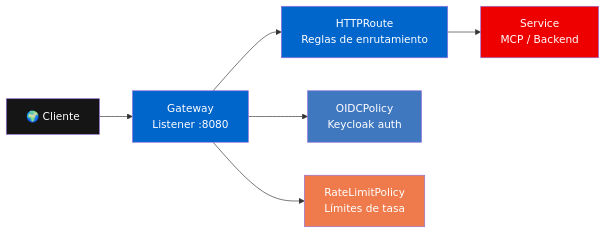
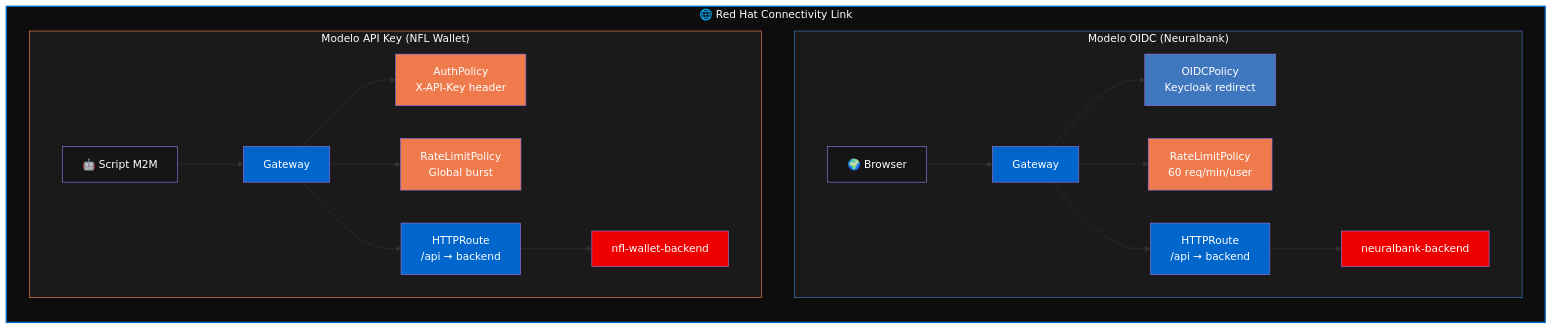
Before and after one commit to maximilianoPizarro/test-drive-pe-oscg: the fifth of 5 diagrams in docs/02-architecture-overview.md, drawn with Mermaid. The commit also changed other lines of this file and 9 other files, not shown here.

First line of the commit message:
feat: redesign GitHub Pages - remove redundancy, add MCP Gateway, 3D animation

````diff
--- a/docs/02-architecture-overview.md
+++ b/docs/02-architecture-overview.md
@@ -155,15 +283,38 @@
 ```mermaid
-graph LR
-    CLIENT["🌍 Cliente"] --> GW["Gateway<br/>Listener :8080"]
-    GW --> HR["HTTPRoute<br/>Reglas de enrutamiento"]
-    HR --> SVC["Service<br/>MCP / Backend"]
-    GW --> OIDC["OIDCPolicy<br/>Keycloak auth"]
-    GW --> RL["RateLimitPolicy<br/>Límites de tasa"]
+graph TB
+    subgraph CL ["🌐 Red Hat Connectivity Link"]
+        direction TB
+        
+        subgraph OIDC_MODEL ["Modelo OIDC (Neuralbank)"]
+            CLIENT1["🌍 Browser"] --> GW1["Gateway"]
+            GW1 --> OIDCP["OIDCPolicy<br/>Keycloak redirect"]
+            GW1 --> RLP1["RateLimitPolicy<br/>60 req/min/user"]
+            GW1 --> HR_NB["HTTPRoute<br/>/api → backend"]
+            HR_NB --> SVC1["neuralbank-backend"]
+        end
 
-    style CLIENT fill:#151515,color:#fff
-    style GW fill:#0066CC,color:#fff
-    style HR fill:#0066CC,color:#fff
-    style SVC fill:#EE0000,color:#fff
-    style OIDC fill:#4078c0,color:#fff
-    style RL fill:#ef7b4d,color:#fff
+        subgraph APIKEY_MODEL ["Modelo API Key (NFL Wallet)"]
+            CLIENT2["🤖 Script M2M"] --> GW2B["Gateway"]
+            GW2B --> AP["AuthPolicy<br/>X-API-Key header"]
+            GW2B --> RLP2["RateLimitPolicy<br/>Global burst"]
+            GW2B --> HR_NFL["HTTPRoute<br/>/api → backend"]
+            HR_NFL --> SVC2["nfl-wallet-backend"]
+        end
+    end
+
+    style CL fill:#0d0d0d,color:#fff,stroke:#0066CC,stroke-width:2px
+    style OIDC_MODEL fill:#1a1a1a,color:#fff,stroke:#4078c0
+    style APIKEY_MODEL fill:#1a1a1a,color:#fff,stroke:#ef7b4d
+    style CLIENT1 fill:#151515,color:#fff
+    style CLIENT2 fill:#151515,color:#fff
+    style GW1 fill:#0066CC,color:#fff
+    style GW2B fill:#0066CC,color:#fff
+    style OIDCP fill:#4078c0,color:#fff
+    style AP fill:#ef7b4d,color:#fff
+    style RLP1 fill:#ef7b4d,color:#fff
+    style RLP2 fill:#ef7b4d,color:#fff
+    style HR_NB fill:#0066CC,color:#fff
+    style HR_NFL fill:#0066CC,color:#fff
+    style SVC1 fill:#EE0000,color:#fff
+    style SVC2 fill:#EE0000,color:#fff
 ```
````
